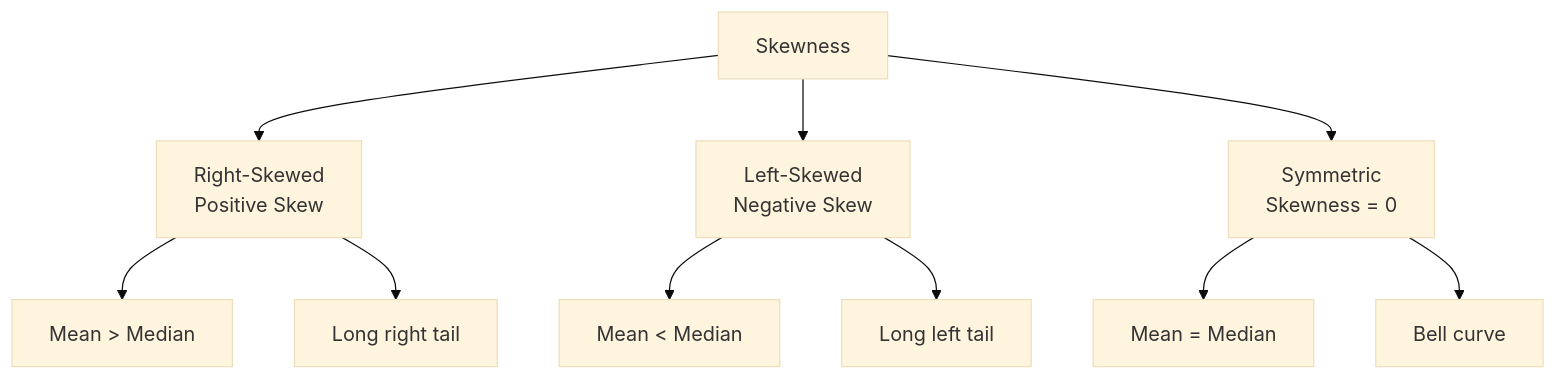
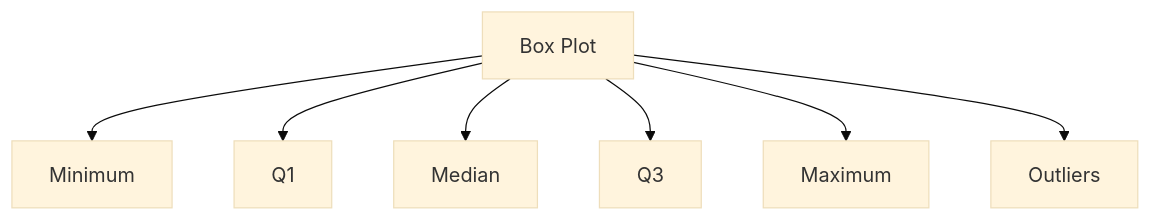
One commit to muhammadsalek/statistics-for-scientists changed the sixth of 11 diagrams in 01-descriptive-statistics.md. Above: the diagram before and after it, drawn with Mermaid (base theme). The commit also changed other lines of this file, not shown here.

````diff
--- a/01-descriptive-statistics.md
+++ b/01-descriptive-statistics.md
@@ -1375,15 +513,9 @@
 ```mermaid
 graph TD
-    S[Skewness] --> R[Right-Skewed<br>Positive Skew]
-    S --> L[Left-Skewed<br>Negative Skew]
-    S --> Sym[Symmetric<br>Skewness = 0]
-    
-    R --> R1[Mean > Median]
-    R --> R2[Long right tail]
-    
-    L --> L1[Mean < Median]
-    L --> L2[Long left tail]
-    
-    Sym --> S1[Mean = Median]
-    Sym --> S2[Bell curve]
+    BP[Box Plot] --> Min[Minimum]
+    BP --> Q1[Q1]
+    BP --> Median[Median]
+    BP --> Q3[Q3]
+    BP --> Max[Maximum]
+    BP --> Outliers[Outliers]
 ```
````
